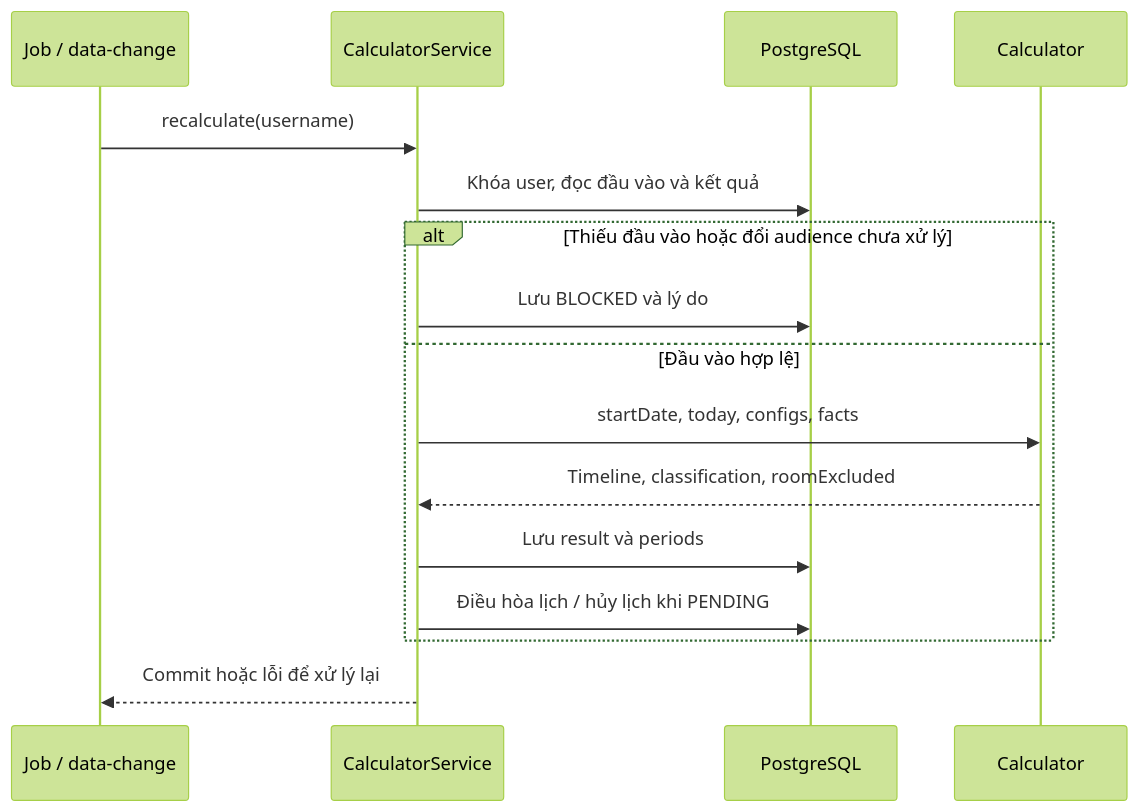
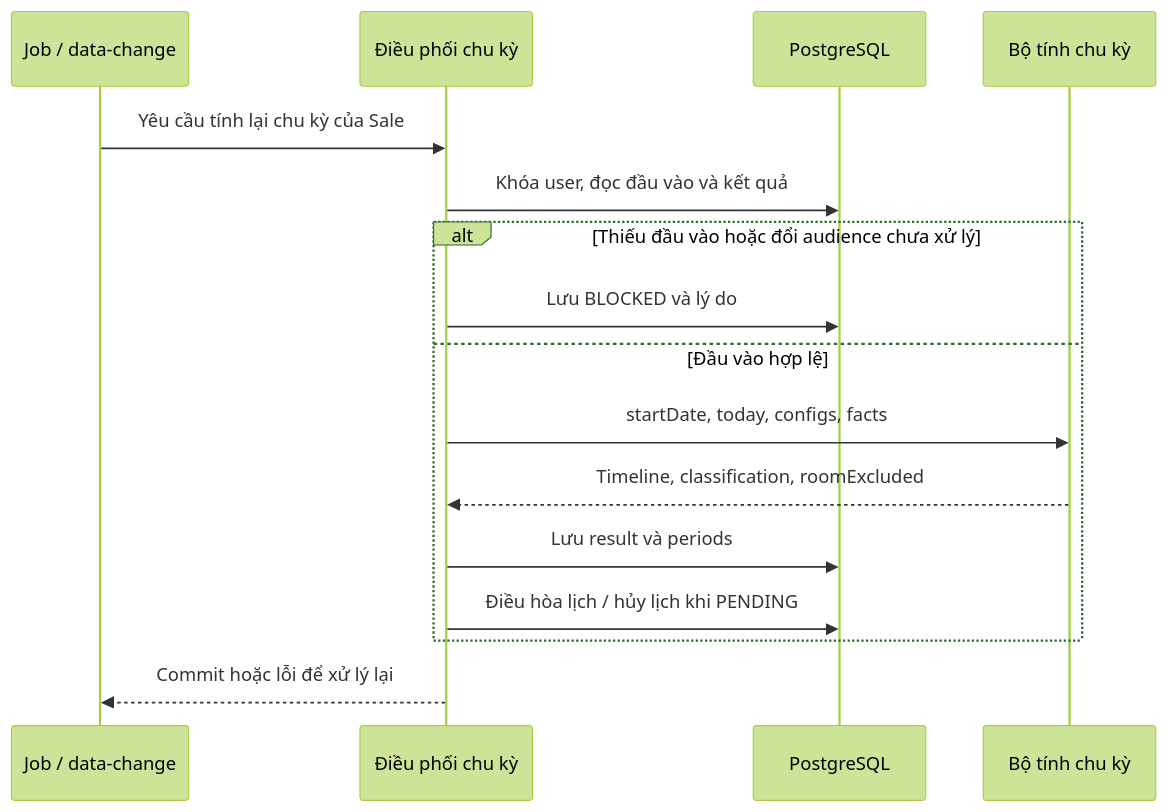
One commit to huynv-xyz/vhm-tdd changed the diagram in cobroker/diagrams/cobroker-09.mmd. Above: the diagram before and after it, drawn with Mermaid (forest theme). The commit also changed 11 other files, not shown here.

```diff
--- a/cobroker/diagrams/cobroker-09.mmd
+++ b/cobroker/diagrams/cobroker-09.mmd
@@ -1,16 +1,16 @@
 sequenceDiagram
     participant E as Job / data-change
-    participant S as CalculatorService
+    participant S as Điều phối chu kỳ
     participant D as PostgreSQL
-    participant C as Calculator
-    E->>S: recalculate(username)
+    participant C as Bộ tính chu kỳ
+    E->>S: Yêu cầu tính lại chu kỳ của Sale
     S->>D: Khóa user, đọc đầu vào và kết quả
     alt Thiếu đầu vào hoặc đổi audience chưa xử lý
         S->>D: Lưu BLOCKED và lý do
     else Đầu vào hợp lệ
         S->>C: startDate, today, configs, facts
         C-->>S: Timeline, classification, roomExcluded
         S->>D: Lưu result và periods
         S->>D: Điều hòa lịch / hủy lịch khi PENDING
     end
     S-->>E: Commit hoặc lỗi để xử lý lại
```
